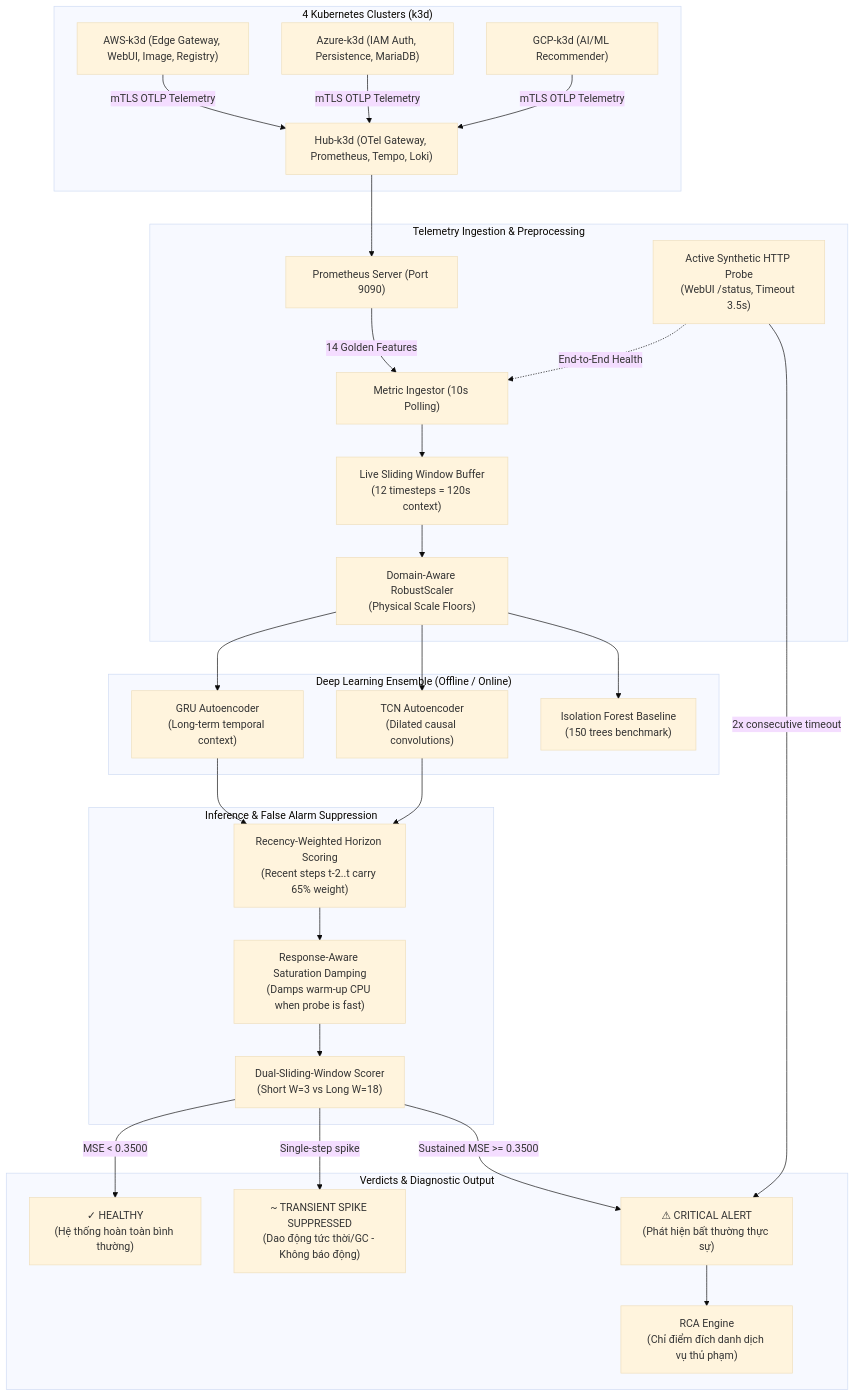
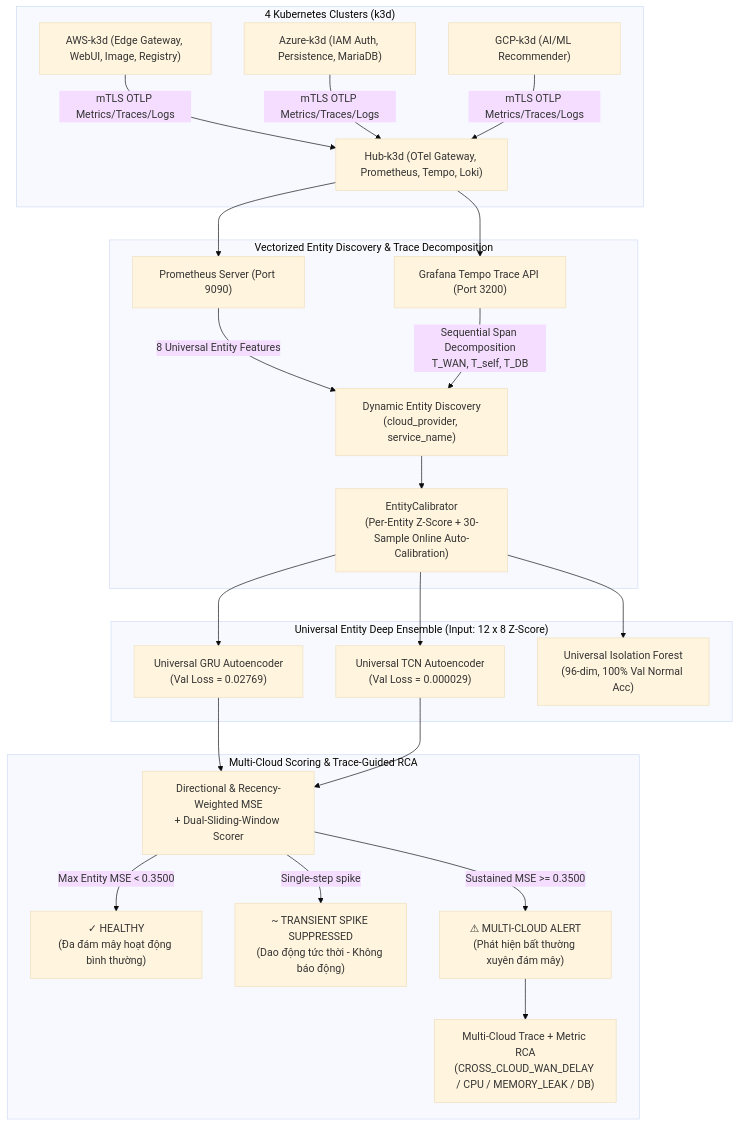
Before and after one commit to nnviet23/multicloud-monitoring: the diagram in ai-engine/README.md, drawn with Mermaid (base theme). The commit also changed other lines of this file and 19 other files, not shown here.

Commit message:
feat(ai-engine): upgrade to V3 Per-Entity Universal Autoencoders & Tempo Cross-Cloud Trace RCA

````diff
--- a/ai-engine/README.md
+++ b/ai-engine/README.md
@@ -9,57 +9,47 @@
 ```mermaid
 flowchart TD
     subgraph MultiCloudClusters["4 Kubernetes Clusters (k3d)"]
         AWS["AWS-k3d (Edge Gateway, WebUI, Image, Registry)"]
         AZURE["Azure-k3d (IAM Auth, Persistence, MariaDB)"]
         GCP["GCP-k3d (AI/ML Recommender)"]
         HUB["Hub-k3d (OTel Gateway, Prometheus, Tempo, Loki)"]
-        AWS -->|mTLS OTLP Telemetry| HUB
-        AZURE -->|mTLS OTLP Telemetry| HUB
-        GCP -->|mTLS OTLP Telemetry| HUB
+        AWS -->|mTLS OTLP Metrics/Traces/Logs| HUB
+        AZURE -->|mTLS OTLP Metrics/Traces/Logs| HUB
+        GCP -->|mTLS OTLP Metrics/Traces/Logs| HUB
     end
 
-    subgraph DataIngestion["Telemetry Ingestion & Preprocessing"]
+    subgraph DynamicIngestion["Vectorized Entity Discovery & Trace Decomposition"]
         PROM["Prometheus Server (Port 9090)"]
+        TEMPO["Grafana Tempo Trace API (Port 3200)"]
         HUB --> PROM
-        POLL["Metric Ingestor (10s Polling)"]
-        PROM -->|14 Golden Features| POLL
-        PROBE["Active Synthetic HTTP Probe\n(WebUI /status, Timeout 3.5s)"]
-        PROBE -.->|End-to-End Health| POLL
-        WIN["Live Sliding Window Buffer\n(12 timesteps = 120s context)"]
-        POLL --> WIN
-        SCALER["Domain-Aware RobustScaler\n(Physical Scale Floors)"]
-        WIN --> SCALER
+        HUB --> TEMPO
+        DISC["Dynamic Entity Discovery\n(cloud_provider, service_name)"]
+        PROM -->|8 Universal Entity Features| DISC
+        TEMPO -->|Sequential Span Decomposition\nT_WAN, T_self, T_DB| DISC
+        CAL["EntityCalibrator\n(Per-Entity Z-Score + 30-Sample Online Auto-Calibration)"]
+        DISC --> CAL
     end
 
-    subgraph DeepEnsemble["Deep Learning Ensemble (Offline / Online)"]
-        GRU["GRU Autoencoder\n(Long-term temporal context)"]
-        TCN["TCN Autoencoder\n(Dilated causal convolutions)"]
-        ISO["Isolation Forest Baseline\n(150 trees benchmark)"]
-        SCALER --> GRU
-        SCALER --> TCN
-        SCALER --> ISO
+    subgraph UniversalDeepEnsemble["Universal Entity Deep Ensemble (Input: 12 x 8 Z-Score)"]
+        GRU["Universal GRU Autoencoder\n(Val Loss = 0.02769)"]
+        TCN["Universal TCN Autoencoder\n(Val Loss = 0.000029)"]
+        ISO["Universal Isolation Forest\n(96-dim, 100% Val Normal Acc)"]
+        CAL --> GRU
+        CAL --> TCN
+        CAL --> ISO
     end
 
-    subgraph ScoringEngine["Inference & False Alarm Suppression"]
-        RECENCY["Recency-Weighted Horizon Scoring\n(Recent steps t-2..t carry 65% weight)"]
-        DAMP["Response-Aware Saturation Damping\n(Damps warm-up CPU when probe is fast)"]
-        GRU --> RECENCY
-        TCN --> RECENCY
-        RECENCY --> DAMP
-        DUAL["Dual-Sliding-Window Scorer\n(Short W=3 vs Long W=18)"]
-        DAMP --> DUAL
-    end
-
-    subgraph DecisionOutput["Verdicts & Diagnostic Output"]
-        HEALTHY["✓ HEALTHY\n(Hệ thống hoàn toàn bình thường)"]
-        TRANSIENT["~ TRANSIENT SPIKE SUPPRESSED\n(Dao động tức thời/GC - Không báo động)"]
-        ALERT["⚠ CRITICAL ALERT\n(Phát hiện bất thường thực sự)"]
-        RCA["RCA Engine\n(Chỉ điểm đích danh dịch vụ thủ phạm)"]
-        
-        DUAL -->|MSE < 0.3500| HEALTHY
-        DUAL -->|Single-step spike| TRANSIENT
-        DUAL -->|Sustained MSE >= 0.3500| ALERT
-        PROBE -->|2x consecutive timeout| ALERT
+    subgraph ScoringAndRCA["Multi-Cloud Scoring & Trace-Guided RCA"]
+        SCORE["Directional & Recency-Weighted MSE\n+ Dual-Sliding-Window Scorer"]
+        GRU --> SCORE
+        TCN --> SCORE
+        HEALTHY["✓ HEALTHY\n(Đa đám mây hoạt động bình thường)"]
+        TRANSIENT["~ TRANSIENT SPIKE SUPPRESSED\n(Dao động tức thời - Không báo động)"]
+        ALERT["⚠ MULTI-CLOUD ALERT\n(Phát hiện bất thường xuyên đám mây)"]
+        RCA["Multi-Cloud Trace + Metric RCA\n(CROSS_CLOUD_WAN_DELAY / CPU / MEMORY_LEAK / DB)"]
+        SCORE -->|Max Entity MSE < 0.3500| HEALTHY
+        SCORE -->|Single-step spike| TRANSIENT
+        SCORE -->|Sustained MSE >= 0.3500| ALERT
         ALERT --> RCA
     end
 ```
````
